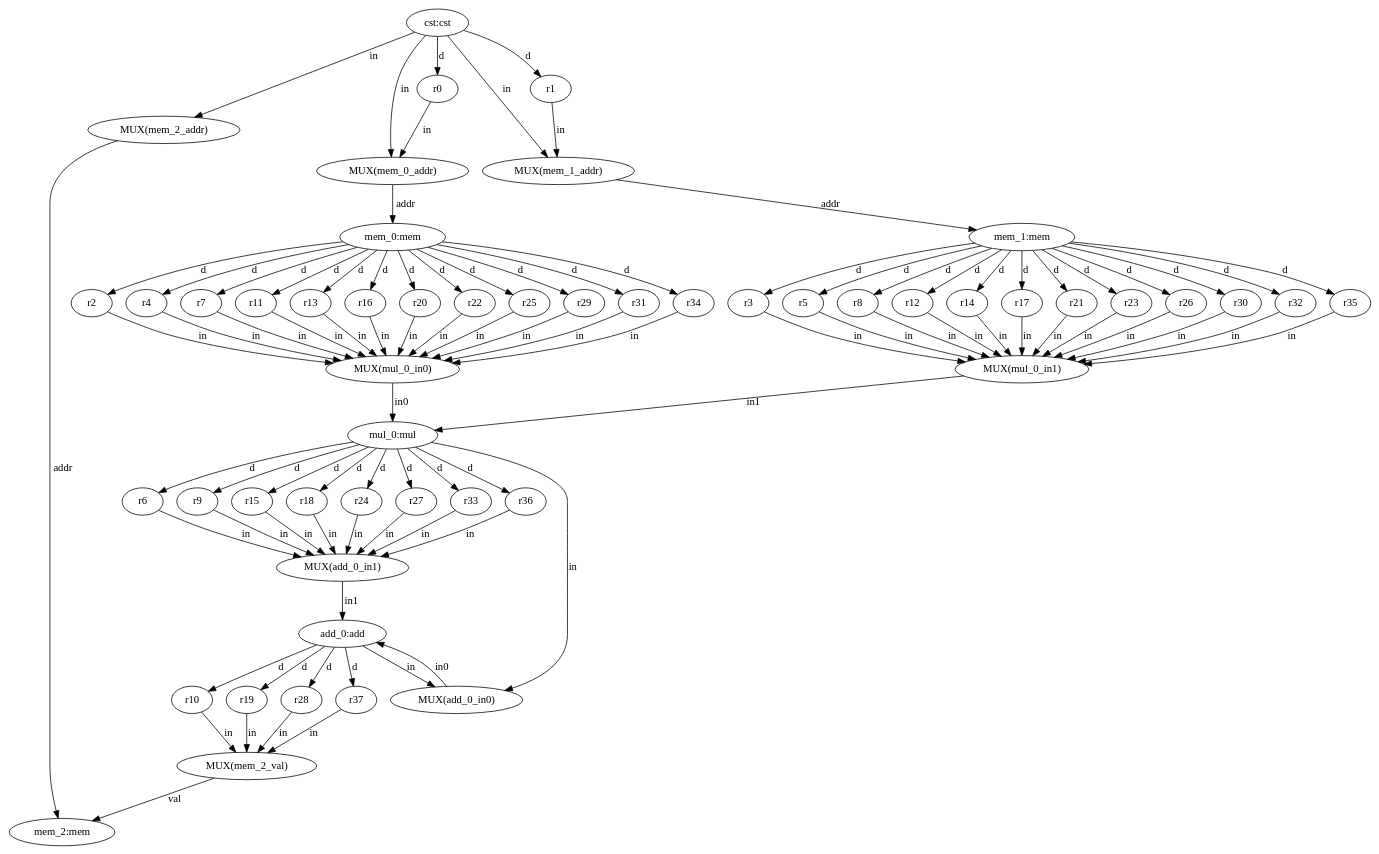
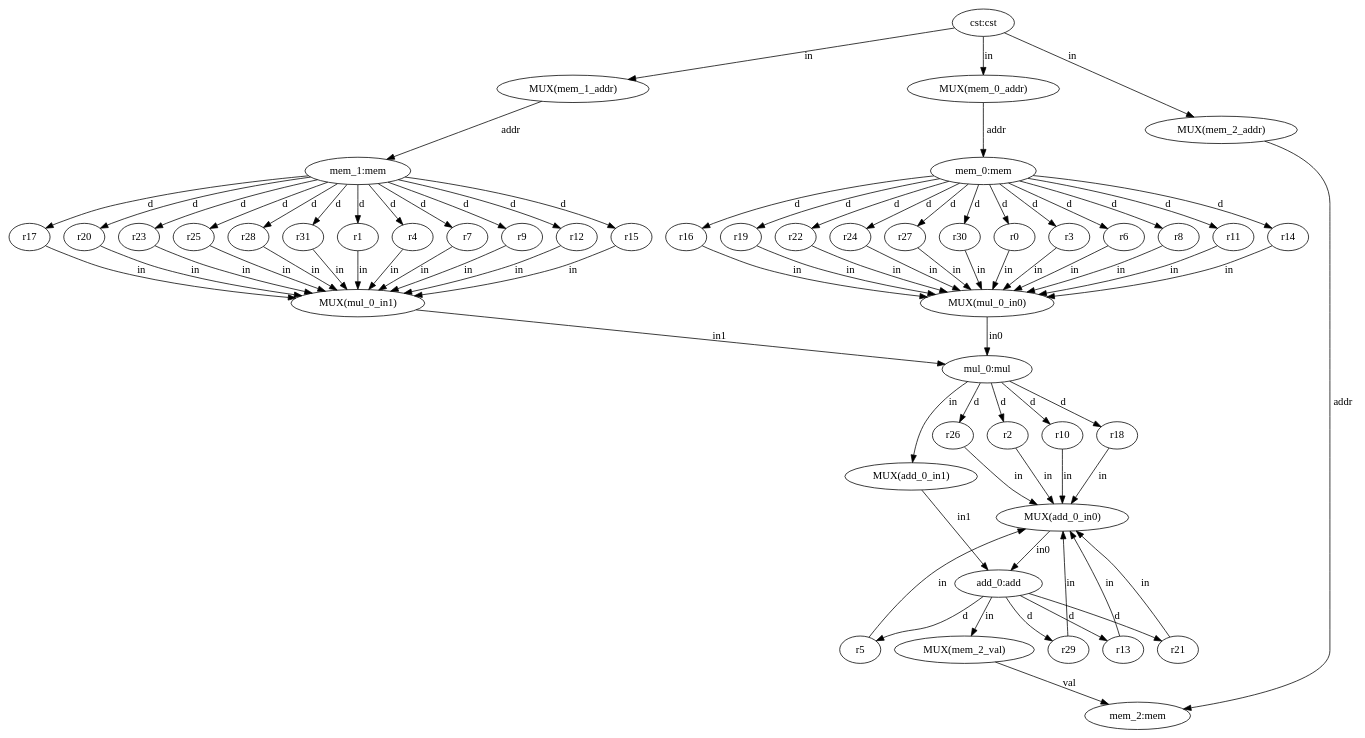
One commit to ma-carrillo/High-level-synthesis-assignment changed the diagram in test24/datapath.dot. Above: the diagram before and after it, drawn with Graphviz. The commit also changed 15 other files, not shown here.

```diff
--- a/test24/datapath.dot
+++ b/test24/datapath.dot
@@ -1,143 +1,125 @@
 digraph "datapath" {
   n0 [label="cst:cst"];
   n1 [label="mem_0:mem"];
   n2 [label="mem_1:mem"];
   n3 [label="mul_0:mul"];
   n4 [label="add_0:add"];
   n5 [label="mem_2:mem"];
   n6 [label="r0"];
   n7 [label="r1"];
   n8 [label="r2"];
   n9 [label="r3"];
   n10 [label="r4"];
   n11 [label="r5"];
   n12 [label="r6"];
   n13 [label="r7"];
   n14 [label="r8"];
   n15 [label="r9"];
   n16 [label="r10"];
   n17 [label="r11"];
   n18 [label="r12"];
   n19 [label="r13"];
   n20 [label="r14"];
   n21 [label="r15"];
   n22 [label="r16"];
   n23 [label="r17"];
   n24 [label="r18"];
   n25 [label="r19"];
   n26 [label="r20"];
   n27 [label="r21"];
   n28 [label="r22"];
   n29 [label="r23"];
   n30 [label="r24"];
   n31 [label="r25"];
   n32 [label="r26"];
   n33 [label="r27"];
   n34 [label="r28"];
   n35 [label="r29"];
   n36 [label="r30"];
   n37 [label="r31"];
-  n38 [label="r32"];
-  n39 [label="r33"];
-  n40 [label="r34"];
-  n41 [label="r35"];
-  n42 [label="r36"];
-  n43 [label="r37"];
-  n44 [label="MUX(mem_0_addr)"];
-  n45 [label="MUX(mem_1_addr)"];
-  n46 [label="MUX(mem_2_addr)"];
-  n47 [label="MUX(mul_0_in0)"];
-  n48 [label="MUX(mul_0_in1)"];
-  n49 [label="MUX(add_0_in0)"];
-  n50 [label="MUX(add_0_in1)"];
-  n51 [label="MUX(mem_2_val)"];
-  n0 -> n6 [label="d"];
-  n0 -> n7 [label="d"];
-  n0 -> n46 [label="in"];
-  n0 -> n45 [label="in"];
-  n0 -> n44 [label="in"];
-  n1 -> n8 [label="d"];
-  n1 -> n10 [label="d"];
-  n1 -> n13 [label="d"];
+  n38 [label="MUX(mem_0_addr)"];
+  n39 [label="MUX(mem_1_addr)"];
+  n40 [label="MUX(mem_2_addr)"];
+  n41 [label="MUX(mul_0_in0)"];
+  n42 [label="MUX(mul_0_in1)"];
+  n43 [label="MUX(add_0_in0)"];
+  n44 [label="MUX(add_0_in1)"];
+  n45 [label="MUX(mem_2_val)"];
+  n0 -> n38 [label="in"];
+  n0 -> n39 [label="in"];
+  n0 -> n40 [label="in"];
+  n1 -> n6 [label="d"];
+  n1 -> n9 [label="d"];
+  n1 -> n12 [label="d"];
+  n1 -> n14 [label="d"];
   n1 -> n17 [label="d"];
-  n1 -> n19 [label="d"];
+  n1 -> n20 [label="d"];
   n1 -> n22 [label="d"];
-  n1 -> n26 [label="d"];
+  n1 -> n25 [label="d"];
   n1 -> n28 [label="d"];
-  n1 -> n31 [label="d"];
-  n1 -> n35 [label="d"];
-  n1 -> n37 [label="d"];
-  n1 -> n40 [label="d"];
-  n2 -> n9 [label="d"];
-  n2 -> n11 [label="d"];
-  n2 -> n14 [label="d"];
+  n1 -> n30 [label="d"];
+  n1 -> n33 [label="d"];
+  n1 -> n36 [label="d"];
+  n2 -> n7 [label="d"];
+  n2 -> n10 [label="d"];
+  n2 -> n13 [label="d"];
+  n2 -> n15 [label="d"];
   n2 -> n18 [label="d"];
-  n2 -> n20 [label="d"];
+  n2 -> n21 [label="d"];
   n2 -> n23 [label="d"];
-  n2 -> n27 [label="d"];
+  n2 -> n26 [label="d"];
   n2 -> n29 [label="d"];
-  n2 -> n32 [label="d"];
-  n2 -> n36 [label="d"];
-  n2 -> n38 [label="d"];
-  n2 -> n41 [label="d"];
-  n3 -> n49 [label="in"];
-  n3 -> n12 [label="d"];
-  n3 -> n15 [label="d"];
-  n3 -> n21 [label="d"];
+  n2 -> n31 [label="d"];
+  n2 -> n34 [label="d"];
+  n2 -> n37 [label="d"];
+  n3 -> n8 [label="d"];
+  n3 -> n44 [label="in"];
+  n3 -> n16 [label="d"];
   n3 -> n24 [label="d"];
-  n3 -> n30 [label="d"];
-  n3 -> n33 [label="d"];
-  n3 -> n39 [label="d"];
-  n3 -> n42 [label="d"];
-  n4 -> n49 [label="in"];
-  n4 -> n16 [label="d"];
-  n4 -> n25 [label="d"];
-  n4 -> n34 [label="d"];
-  n4 -> n43 [label="d"];
-  n6 -> n44 [label="in"];
-  n7 -> n45 [label="in"];
-  n8 -> n47 [label="in"];
-  n9 -> n48 [label="in"];
-  n10 -> n47 [label="in"];
-  n11 -> n48 [label="in"];
-  n12 -> n50 [label="in"];
-  n13 -> n47 [label="in"];
-  n14 -> n48 [label="in"];
-  n15 -> n50 [label="in"];
-  n16 -> n51 [label="in"];
-  n17 -> n47 [label="in"];
-  n18 -> n48 [label="in"];
-  n19 -> n47 [label="in"];
-  n20 -> n48 [label="in"];
-  n21 -> n50 [label="in"];
-  n22 -> n47 [label="in"];
-  n23 -> n48 [label="in"];
-  n24 -> n50 [label="in"];
-  n25 -> n51 [label="in"];
-  n26 -> n47 [label="in"];
-  n27 -> n48 [label="in"];
-  n28 -> n47 [label="in"];
-  n29 -> n48 [label="in"];
-  n30 -> n50 [label="in"];
-  n31 -> n47 [label="in"];
-  n32 -> n48 [label="in"];
-  n33 -> n50 [label="in"];
-  n34 -> n51 [label="in"];
-  n35 -> n47 [label="in"];
-  n36 -> n48 [label="in"];
-  n37 -> n47 [label="in"];
-  n38 -> n48 [label="in"];
-  n39 -> n50 [label="in"];
-  n40 -> n47 [label="in"];
-  n41 -> n48 [label="in"];
-  n42 -> n50 [label="in"];
-  n43 -> n51 [label="in"];
-  n44 -> n1 [label="addr"];
-  n45 -> n2 [label="addr"];
-  n46 -> n5 [label="addr"];
-  n47 -> n3 [label="in0"];
-  n48 -> n3 [label="in1"];
-  n49 -> n4 [label="in0"];
-  n50 -> n4 [label="in1"];
-  n51 -> n5 [label="val"];
+  n3 -> n32 [label="d"];
+  n4 -> n11 [label="d"];
+  n4 -> n45 [label="in"];
+  n4 -> n19 [label="d"];
+  n4 -> n27 [label="d"];
+  n4 -> n35 [label="d"];
+  n6 -> n41 [label="in"];
+  n7 -> n42 [label="in"];
+  n8 -> n43 [label="in"];
+  n9 -> n41 [label="in"];
+  n10 -> n42 [label="in"];
+  n11 -> n43 [label="in"];
+  n12 -> n41 [label="in"];
+  n13 -> n42 [label="in"];
+  n14 -> n41 [label="in"];
+  n15 -> n42 [label="in"];
+  n16 -> n43 [label="in"];
+  n17 -> n41 [label="in"];
+  n18 -> n42 [label="in"];
+  n19 -> n43 [label="in"];
+  n20 -> n41 [label="in"];
+  n21 -> n42 [label="in"];
+  n22 -> n41 [label="in"];
+  n23 -> n42 [label="in"];
+  n24 -> n43 [label="in"];
+  n25 -> n41 [label="in"];
+  n26 -> n42 [label="in"];
+  n27 -> n43 [label="in"];
+  n28 -> n41 [label="in"];
+  n29 -> n42 [label="in"];
+  n30 -> n41 [label="in"];
+  n31 -> n42 [label="in"];
+  n32 -> n43 [label="in"];
+  n33 -> n41 [label="in"];
+  n34 -> n42 [label="in"];
+  n35 -> n43 [label="in"];
+  n36 -> n41 [label="in"];
+  n37 -> n42 [label="in"];
+  n38 -> n1 [label="addr"];
+  n39 -> n2 [label="addr"];
+  n40 -> n5 [label="addr"];
+  n41 -> n3 [label="in0"];
+  n42 -> n3 [label="in1"];
+  n43 -> n4 [label="in0"];
+  n44 -> n4 [label="in1"];
+  n45 -> n5 [label="val"];
 }
```
